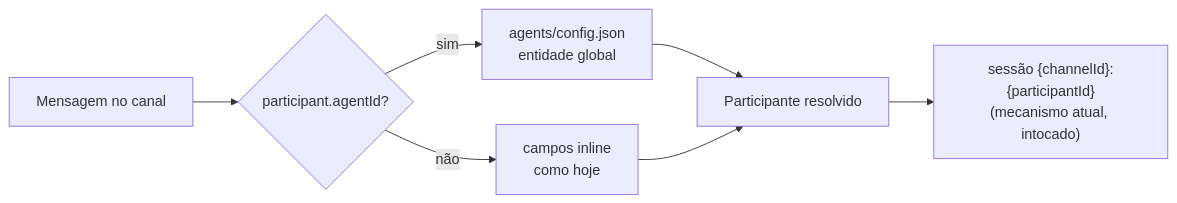
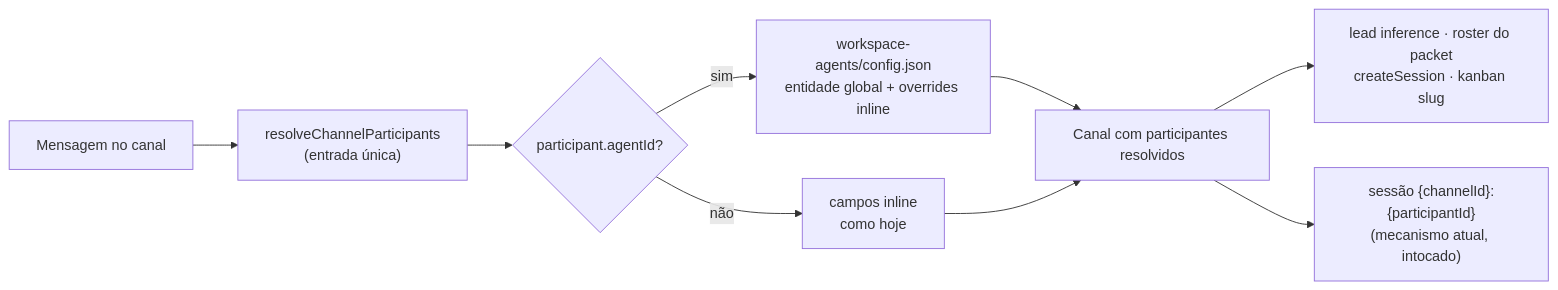
Before and after one commit to guilhermexp/craft-agents-oss: the first of 3 diagrams in docs/plans/2026-08-05-001-feat-war-room-agent-membership-plan.md, drawn with Mermaid. The commit also changed other lines of this file, not shown here.

````diff
--- a/docs/plans/2026-08-05-001-feat-war-room-agent-membership-plan.md
+++ b/docs/plans/2026-08-05-001-feat-war-room-agent-membership-plan.md
@@ -153,9 +248,11 @@
 ```mermaid
 graph LR
-    M[Mensagem no canal] --> R{participant.agentId?}
-    R -->|sim| G[agents/config.json<br/>entidade global]
+    M[Mensagem no canal] --> RES["resolveChannelParticipants<br/>(entrada única)"]
+    RES --> R{participant.agentId?}
+    R -->|sim| G["workspace-agents/config.json<br/>entidade global + overrides inline"]
     R -->|não| I[campos inline<br/>como hoje]
-    G --> P[Participante resolvido]
+    G --> P[Canal com participantes resolvidos]
     I --> P
-    P --> S["sessão {channelId}:{participantId}<br/>(mecanismo atual, intocado)"]
+    P --> C1["lead inference · roster do packet<br/>createSession · kanban slug"]
+    P --> C2["sessão {channelId}:{participantId}<br/>(mecanismo atual, intocado)"]
 ```
````
